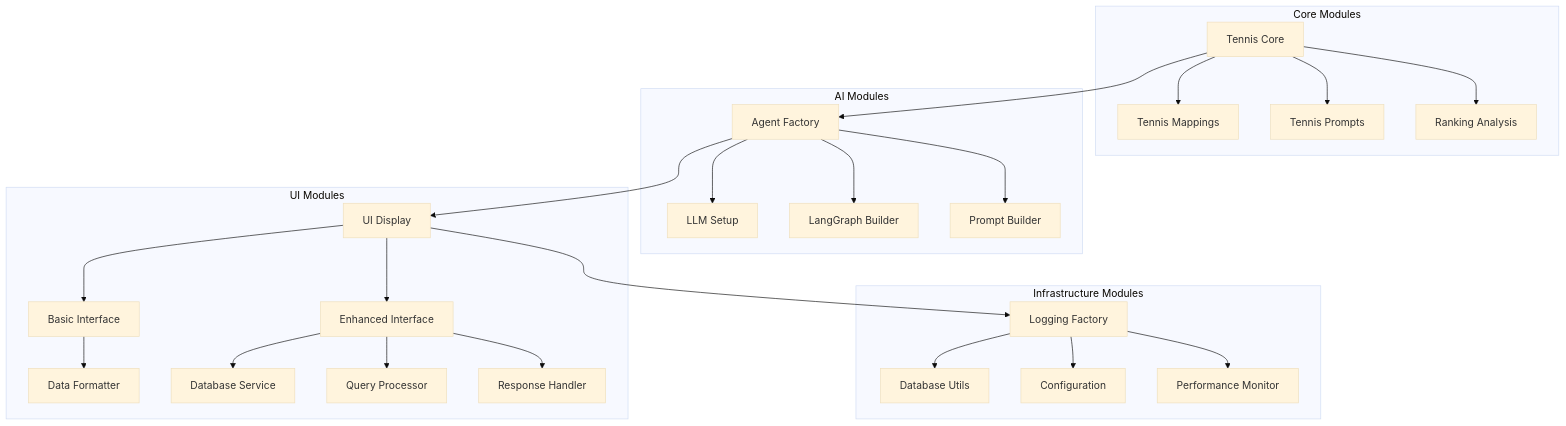
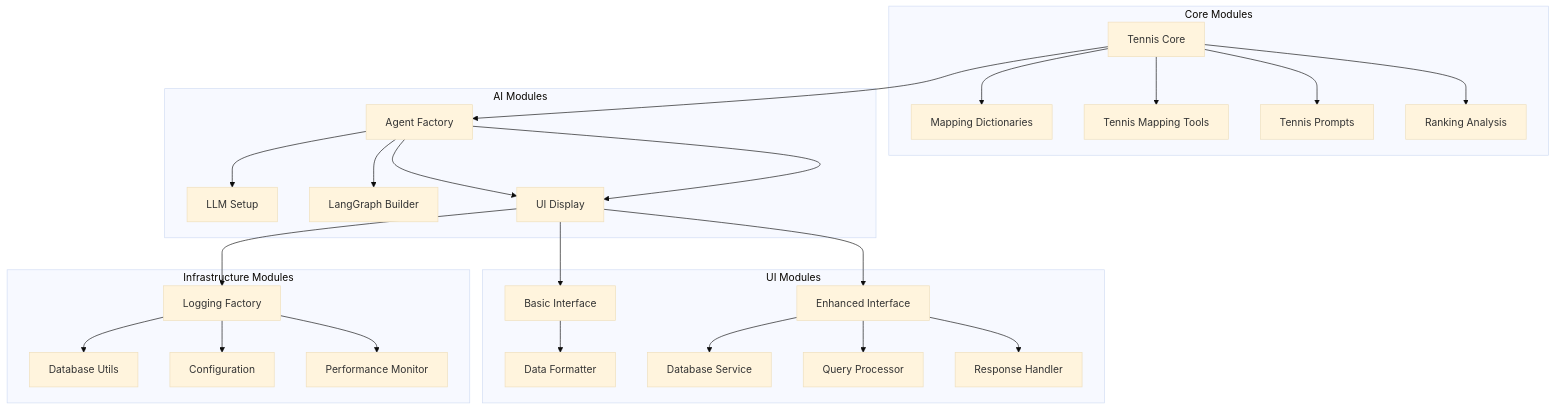
Before and after one commit to Ajit-KBehera/AskTennis_Gemini: the third of 18 diagrams in docs/04_Software_Process_Model.md, drawn with Mermaid (base theme). The commit also changed 1 other file, not shown here.

Commit message:
Update documentation: reflect recent architectural improvements
- Update System Architecture doc:
  - Unified Config class (consolidated from AgentConfig/DatabaseConfig)
  - Mapping dictionaries separation (tennis_mapping_dicts.py)
  - Prompt optimization (44.6% reduction)
  - Updated architecture diagrams and component descriptions
  - Added Recent Architectural Improvements section

- Update Software Process Model doc:
  - Reflect mapping dictionaries separation in modular development diagram
  - Update Core Modules section to show Mapping Dictionaries and Mapping Tools separately

````diff
--- a/docs/04_Software_Process_Model.md
+++ b/docs/04_Software_Process_Model.md
@@ -95,33 +95,34 @@
 ```mermaid
 graph TD
     subgraph "Core Modules"
-        A[Tennis Core] --> B[Tennis Mappings]
-        A --> C[Tennis Prompts]
-        A --> D[Ranking Analysis]
+        A[Tennis Core] --> B[Mapping Dictionaries]
+        A --> C[Tennis Mapping Tools]
+        A --> D[Tennis Prompts]
+        A --> E[Ranking Analysis]
     end
     
     subgraph "AI Modules"
-        E[Agent Factory] --> F[LLM Setup]
-        E --> G[LangGraph Builder]
-        E --> H[Prompt Builder]
+        F[Agent Factory] --> G[LLM Setup]
+        F --> H[LangGraph Builder]
+        F --> I[Prompt Builder]
     end
     
     subgraph "UI Modules"
         I[UI Display] --> J[Basic Interface]
         I --> K[Enhanced Interface]
         J --> L[Data Formatter]
         K --> M[Database Service]
         K --> N[Query Processor]
         K --> O[Response Handler]
     end
     
     subgraph "Infrastructure Modules"
         P[Logging Factory] --> Q[Database Utils]
         P --> R[Configuration]
         P --> S[Performance Monitor]
     end
     
-    A --> E
-    E --> I
+    A --> F
+    F --> I
     I --> P
 ```
````
